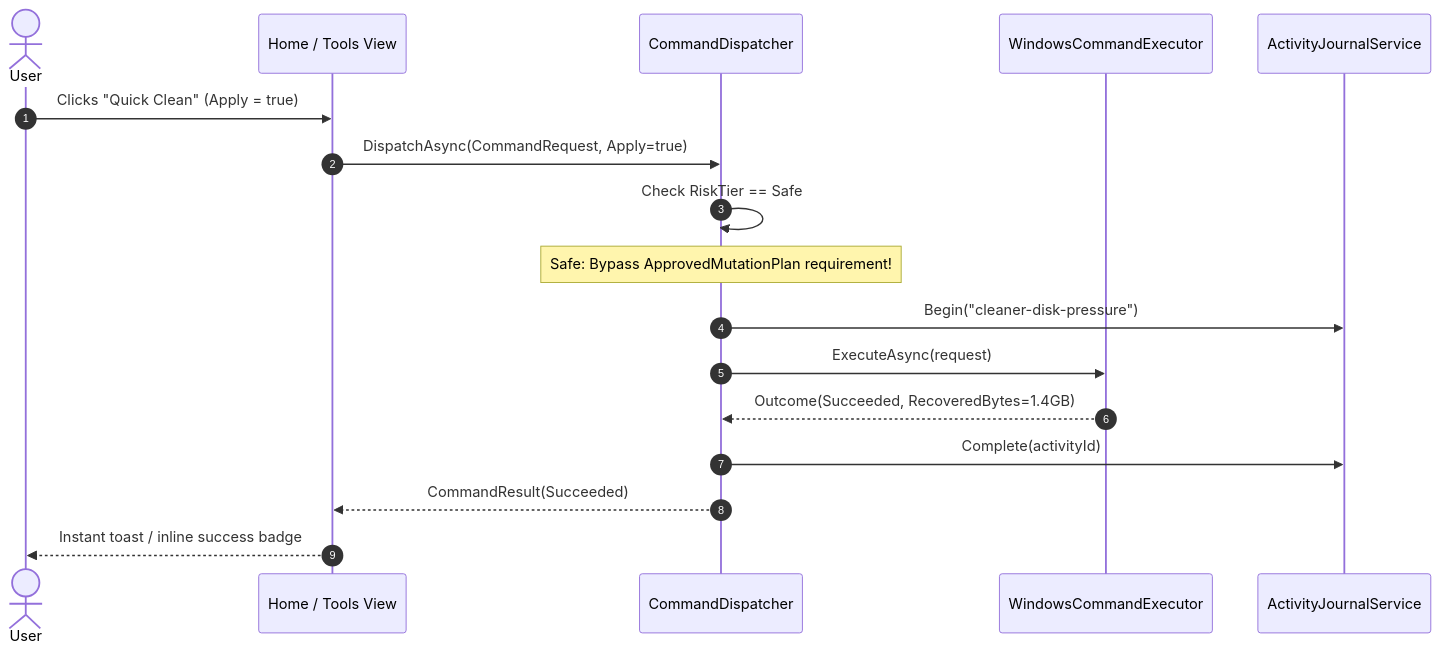
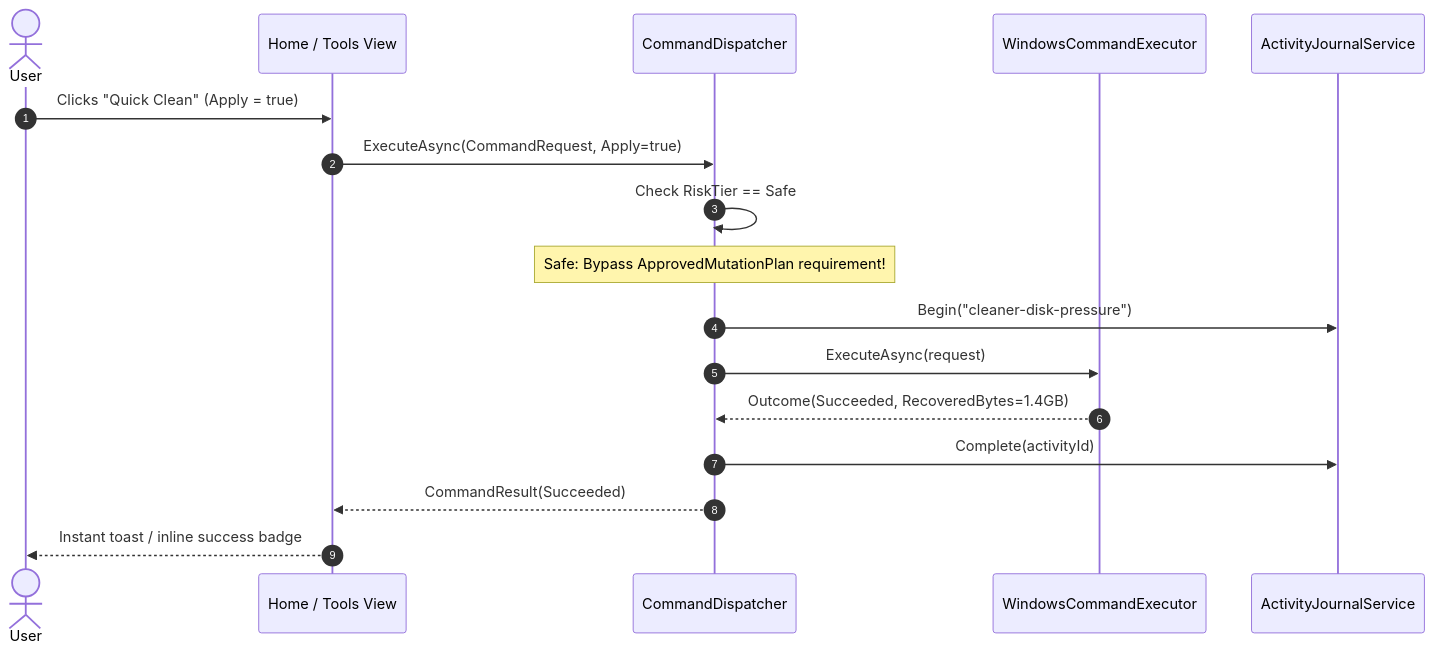
Before and after one commit to AmirrezaFarnamTaheri/WinCare: the fourth of 5 diagrams in docs/architecture/c4-model.md, drawn with Mermaid. The commit also changed other lines of this file, not shown here.

Commit message:
docs(architecture): use implemented command APIs

````diff
--- a/docs/architecture/c4-model.md
+++ b/docs/architecture/c4-model.md
@@ -112,20 +112,20 @@
 ```mermaid
 sequenceDiagram
     autonumber
     actor User
     participant UI as Home / Tools View
     participant Disp as CommandDispatcher
     participant Exec as WindowsCommandExecutor
     participant Jrnl as ActivityJournalService
 
     User->>UI: Clicks "Quick Clean" (Apply = true)
-    UI->>Disp: DispatchAsync(CommandRequest, Apply=true)
+    UI->>Disp: ExecuteAsync(CommandRequest, Apply=true)
     Disp->>Disp: Check RiskTier == Safe
     Note over Disp: Safe: Bypass ApprovedMutationPlan requirement!
     Disp->>Jrnl: Begin("cleaner-disk-pressure")
     Disp->>Exec: ExecuteAsync(request)
     Exec-->>Disp: Outcome(Succeeded, RecoveredBytes=1.4GB)
     Disp->>Jrnl: Complete(activityId)
     Disp-->>UI: CommandResult(Succeeded)
     UI-->>User: Instant toast / inline success badge
 ```
````
